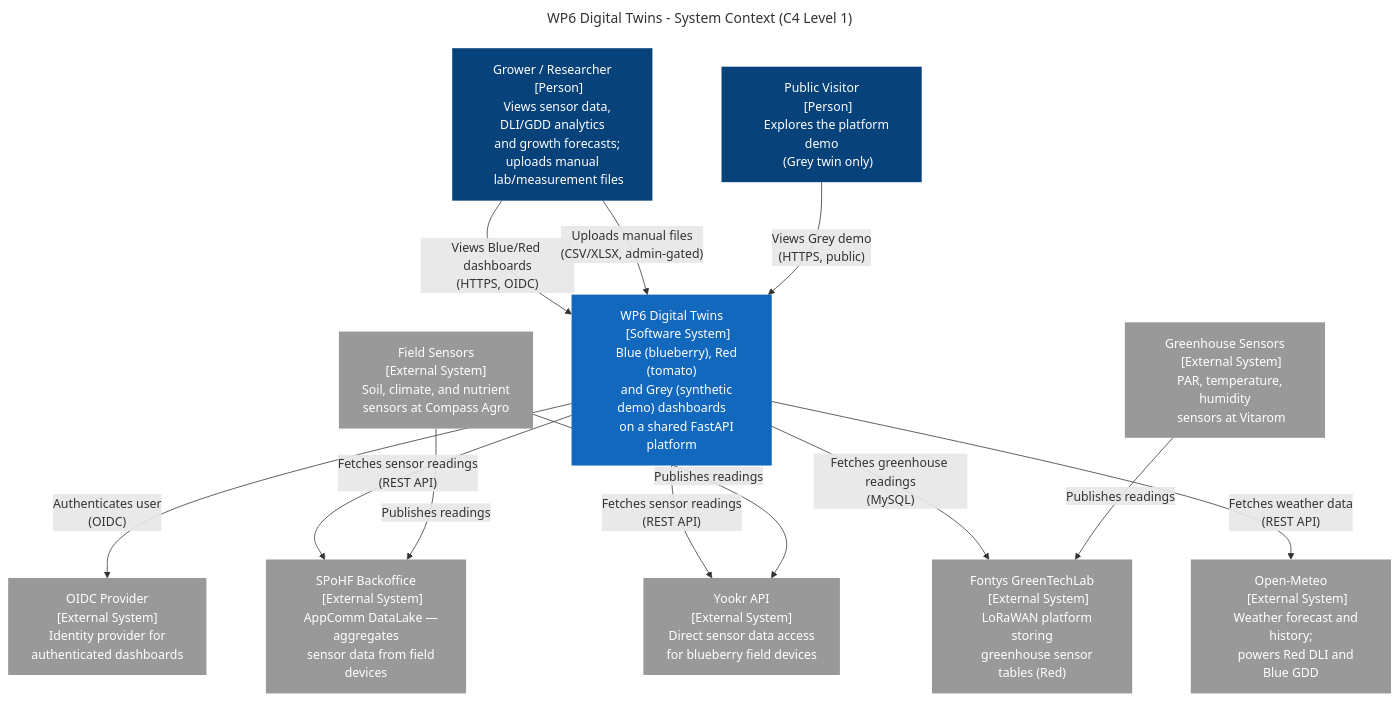
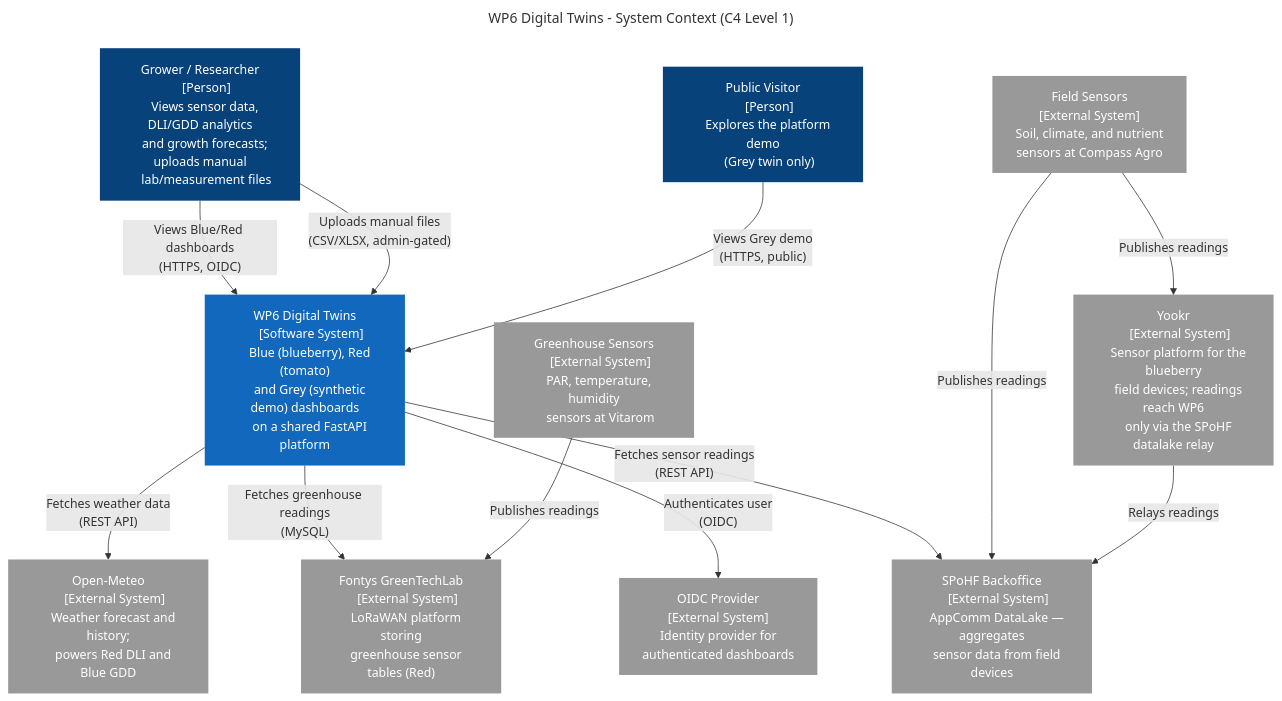
One commit to SPOHF/SPoHF-WP6-Twins changed the diagram in docs/architecture/diagrams/system-context.mmd. Above: the diagram before and after it, drawn with Mermaid. The commit also changed 11 other files, not shown here.

First line of the commit message:
docs: record the completed yookr-direct retirement; re-enable sync

```diff
--- a/docs/architecture/diagrams/system-context.mmd
+++ b/docs/architecture/diagrams/system-context.mmd
@@ -1,73 +1,74 @@
 ---
 title: "WP6 Digital Twins - System Context (C4 Level 1)"
 ---
 graph TB
     %% SSOT — also embedded in docs/architecture/index.md.
     %% Edit this file first, then mirror into index.md.
     classDef person fill:#08427b,color:#fff,stroke:none
     classDef system fill:#1168bd,color:#fff,stroke:none
     classDef external fill:#999,color:#fff,stroke:none
 
     grower["Grower / Researcher
     [Person]
     Views sensor data, DLI/GDD analytics
     and growth forecasts; uploads manual
     lab/measurement files"]:::person
 
     visitor["Public Visitor
     [Person]
     Explores the platform demo
     (Grey twin only)"]:::person
 
     wp6["WP6 Digital Twins
     [Software System]
     Blue (blueberry), Red (tomato)
     and Grey (synthetic demo) dashboards
     on a shared FastAPI platform"]:::system
 
     spohf["SPoHF Backoffice
     [External System]
     AppComm DataLake — aggregates
     sensor data from field devices"]:::external
 
-    yookr["Yookr API
+    yookr["Yookr
     [External System]
-    Direct sensor data access
-    for blueberry field devices"]:::external
+    Sensor platform for the blueberry
+    field devices; readings reach WP6
+    only via the SPoHF datalake relay"]:::external
 
     openmeteo["Open-Meteo
     [External System]
     Weather forecast and history;
     powers Red DLI and Blue GDD"]:::external
 
     oidc["OIDC Provider
     [External System]
     Identity provider for
     authenticated dashboards"]:::external
 
     greentechlab["Fontys GreenTechLab
     [External System]
     LoRaWAN platform storing
     greenhouse sensor tables (Red)"]:::external
 
     greenhouse["Greenhouse Sensors
     [External System]
     PAR, temperature, humidity
     sensors at Vitarom"]:::external
 
     field["Field Sensors
     [External System]
     Soil, climate, and nutrient
     sensors at Compass Agro"]:::external
 
     grower -->|"Views Blue/Red dashboards\n(HTTPS, OIDC)"| wp6
     grower -->|"Uploads manual files\n(CSV/XLSX, admin-gated)"| wp6
     visitor -->|"Views Grey demo\n(HTTPS, public)"| wp6
     wp6 -->|"Authenticates user\n(OIDC)"| oidc
     wp6 -->|"Fetches sensor readings\n(REST API)"| spohf
-    wp6 -->|"Fetches sensor readings\n(REST API)"| yookr
     wp6 -->|"Fetches greenhouse readings\n(MySQL)"| greentechlab
     wp6 -->|"Fetches weather data\n(REST API)"| openmeteo
     greenhouse -->|"Publishes readings"| greentechlab
     field -->|"Publishes readings"| spohf
     field -->|"Publishes readings"| yookr
+    yookr -->|"Relays readings"| spohf
```
